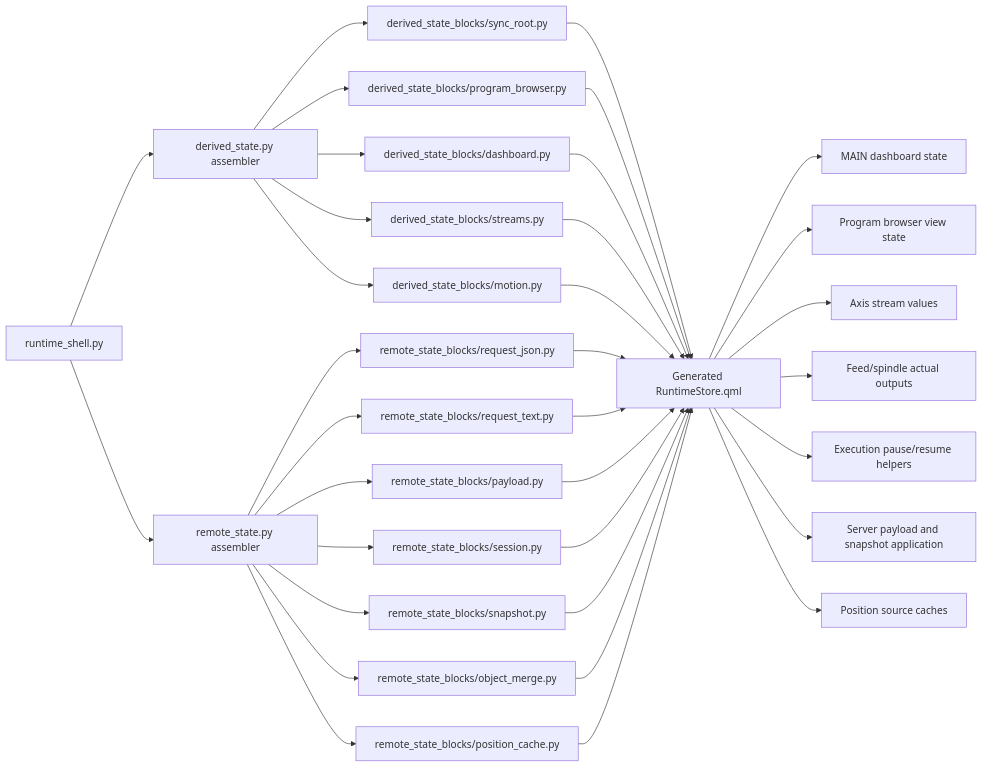
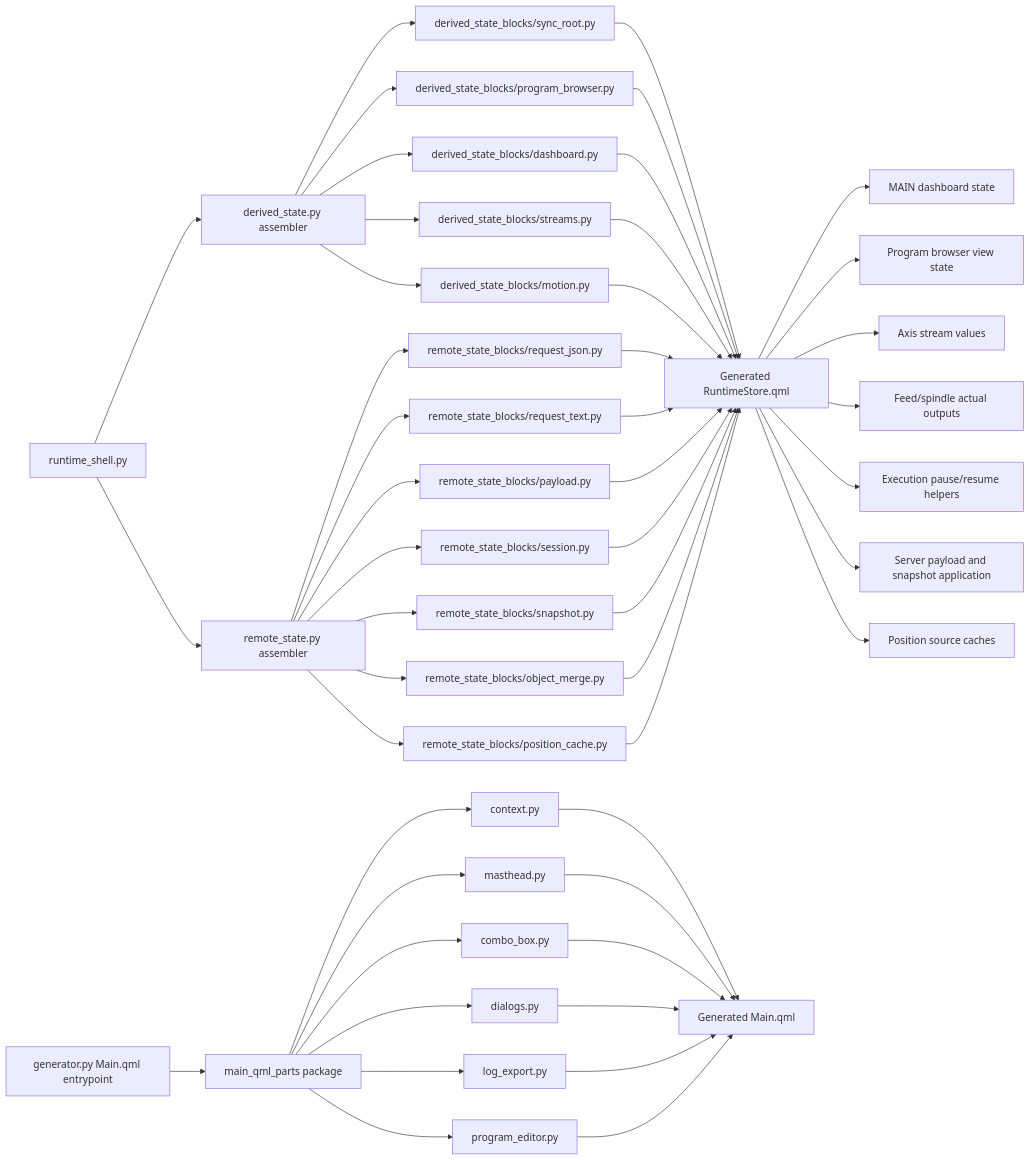
The diagram in 2026-05-10-codex-session/architecture-diagram.md (luppiterw/metanc_hmi_dsl_reports), drawn with Mermaid before and after one commit. The commit also changed 15 other files, not shown here.

Commit message:
docs: refresh 2026-05-10 QML program editor report

````diff
--- a/2026-05-10-codex-session/architecture-diagram.md
+++ b/2026-05-10-codex-session/architecture-diagram.md
@@ -3,38 +3,53 @@
 ```mermaid
 flowchart LR
+    MainGen[generator.py Main.qml entrypoint] --> MainParts[main_qml_parts package]
+    MainParts --> Context[context.py]
+    MainParts --> Masthead[masthead.py]
+    MainParts --> Combo[combo_box.py]
+    MainParts --> Dialogs[dialogs.py]
+    MainParts --> LogExport[log_export.py]
+    MainParts --> ProgramEditor[program_editor.py]
+
     Shell[runtime_shell.py] --> Derived[derived_state.py assembler]
     Shell --> Remote[remote_state.py assembler]
     Derived --> SyncRoot[derived_state_blocks/sync_root.py]
     Derived --> Browser[derived_state_blocks/program_browser.py]
     Derived --> Dashboard[derived_state_blocks/dashboard.py]
     Derived --> Streams[derived_state_blocks/streams.py]
     Derived --> Motion[derived_state_blocks/motion.py]
     Remote --> RequestJson[remote_state_blocks/request_json.py]
     Remote --> RequestText[remote_state_blocks/request_text.py]
     Remote --> Payload[remote_state_blocks/payload.py]
     Remote --> Session[remote_state_blocks/session.py]
     Remote --> Snapshot[remote_state_blocks/snapshot.py]
     Remote --> Merge[remote_state_blocks/object_merge.py]
     Remote --> PositionCache[remote_state_blocks/position_cache.py]
 
     SyncRoot --> RuntimeStore[Generated RuntimeStore.qml]
     Browser --> RuntimeStore
     Dashboard --> RuntimeStore
     Streams --> RuntimeStore
     Motion --> RuntimeStore
     RequestJson --> RuntimeStore
     RequestText --> RuntimeStore
     Payload --> RuntimeStore
     Session --> RuntimeStore
     Snapshot --> RuntimeStore
     Merge --> RuntimeStore
     PositionCache --> RuntimeStore
 
+    Context --> MainQml[Generated Main.qml]
+    Masthead --> MainQml
+    Combo --> MainQml
+    Dialogs --> MainQml
+    LogExport --> MainQml
+    ProgramEditor --> MainQml
+
     RuntimeStore --> Main[MAIN dashboard state]
     RuntimeStore --> ProgramDir[Program browser view state]
     RuntimeStore --> AxisStream[Axis stream values]
     RuntimeStore --> MotionOutputs[Feed/spindle actual outputs]
     RuntimeStore --> ExecutionControl[Execution pause/resume helpers]
     RuntimeStore --> ServerPayload[Server payload and snapshot application]
     RuntimeStore --> PositionSources[Position source caches]
 ```
````
